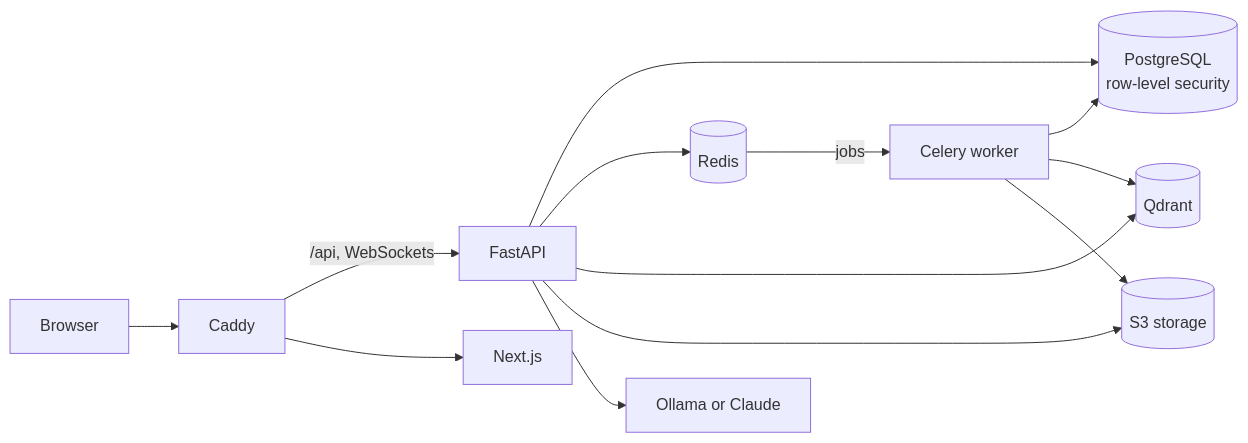
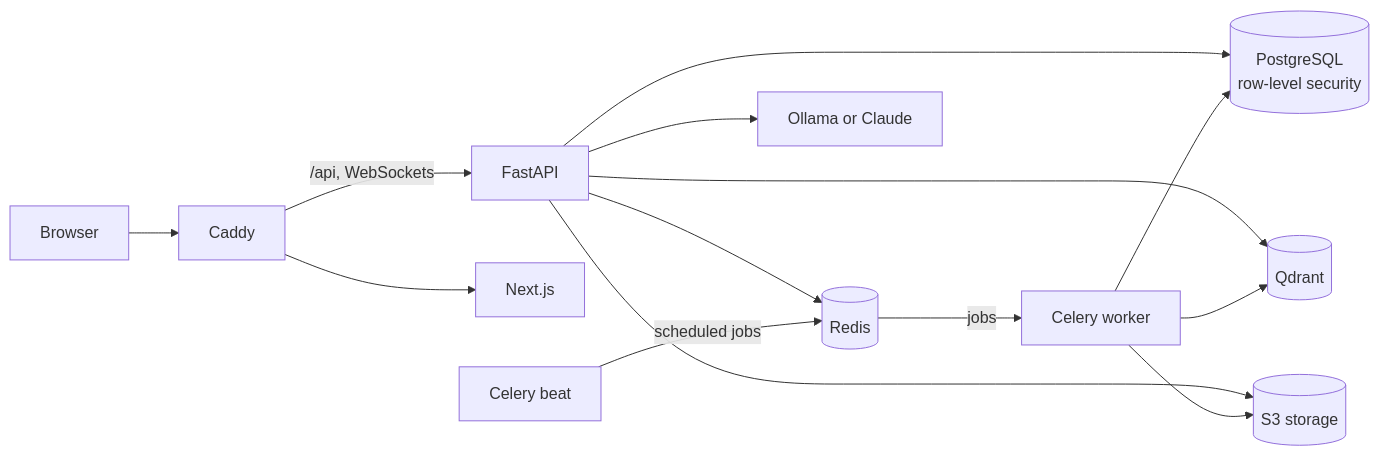
The diagram in README.md (Tulsee/supportIQ), drawn with Mermaid before and after one commit. The commit also changed other lines of this file and 42 other files, not shown here.

````diff
--- a/README.md
+++ b/README.md
@@ -73,15 +75,16 @@
 ```mermaid
 flowchart LR
     browser[Browser] --> proxy[Caddy]
     proxy -->|/api, WebSockets| api[FastAPI]
     proxy --> web[Next.js]
     api --> pg[(PostgreSQL<br/>row-level security)]
     api --> redis[(Redis)]
     api --> qdrant[(Qdrant)]
     api --> s3[(S3 storage)]
     api --> llm[Ollama or Claude]
     redis -->|jobs| worker[Celery worker]
+    scheduler[Celery beat] -->|scheduled jobs| redis
     worker --> pg
     worker --> qdrant
     worker --> s3
 ```
````
